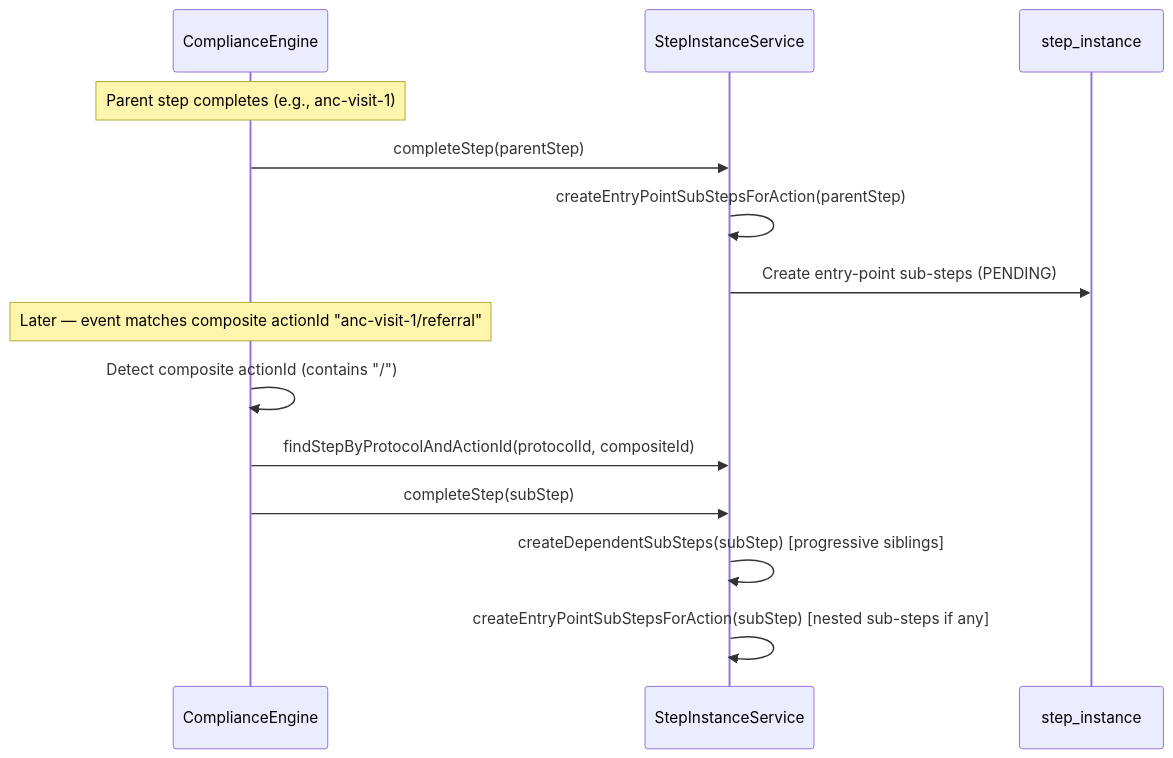
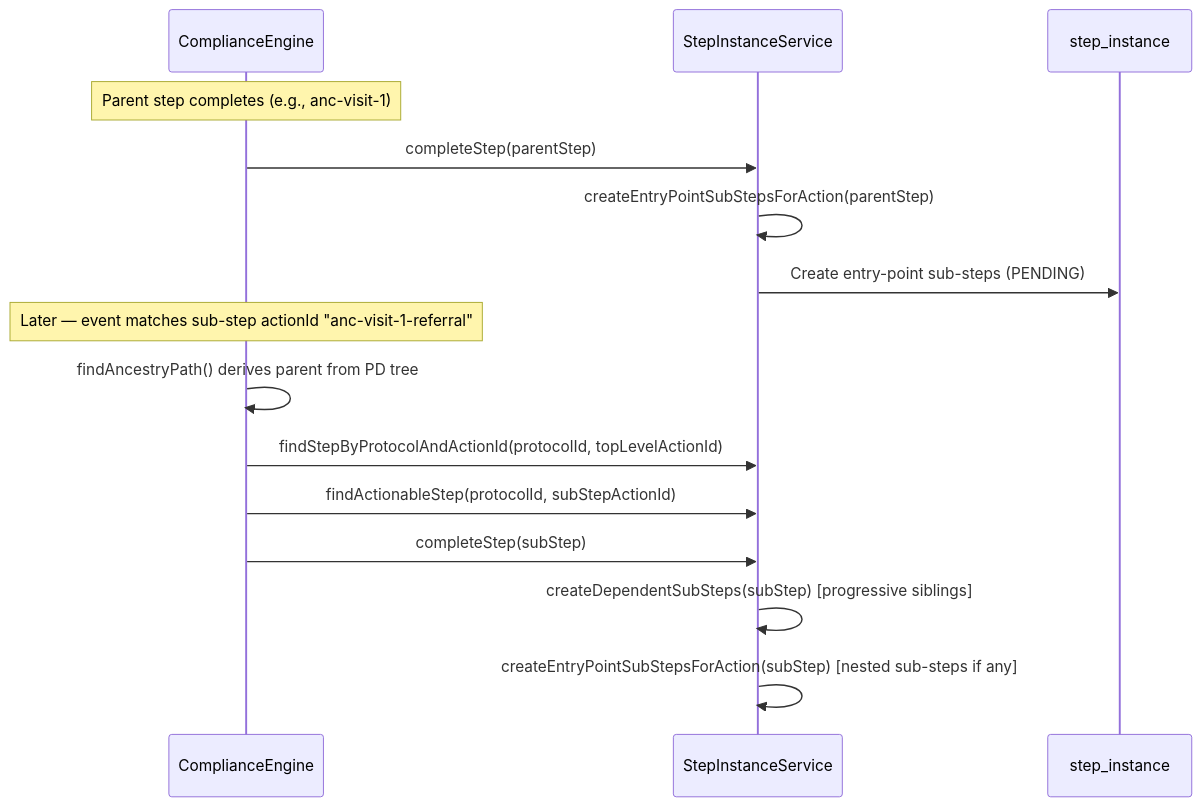
One commit to Jayaprakash8887/cce-compliance-service changed the ninth of 9 diagrams in docs/architecture-overview.md. Above: the diagram before and after it, drawn with Mermaid. The commit also changed other lines of this file and 18 other files, not shown here.

````diff
--- a/docs/architecture-overview.md
+++ b/docs/architecture-overview.md
@@ -664,18 +664,19 @@
 ```mermaid
 sequenceDiagram
     participant Engine as ComplianceEngine
     participant SIS as StepInstanceService
     participant DB as step_instance
 
     Note over Engine: Parent step completes (e.g., anc-visit-1)
     Engine->>SIS: completeStep(parentStep)
     SIS->>SIS: createEntryPointSubStepsForAction(parentStep)
     SIS->>DB: Create entry-point sub-steps (PENDING)
     
-    Note over Engine: Later — event matches composite actionId "anc-visit-1/referral"
-    Engine->>Engine: Detect composite actionId (contains "/")
-    Engine->>SIS: findStepByProtocolAndActionId(protocolId, compositeId)
+    Note over Engine: Later — event matches sub-step actionId "anc-visit-1-referral"
+    Engine->>Engine: findAncestryPath() derives parent from PD tree
+    Engine->>SIS: findStepByProtocolAndActionId(protocolId, topLevelActionId)
+    Engine->>SIS: findActionableStep(protocolId, subStepActionId)
     Engine->>SIS: completeStep(subStep)
     SIS->>SIS: createDependentSubSteps(subStep) [progressive siblings]
     SIS->>SIS: createEntryPointSubStepsForAction(subStep) [nested sub-steps if any]
 ```
````
